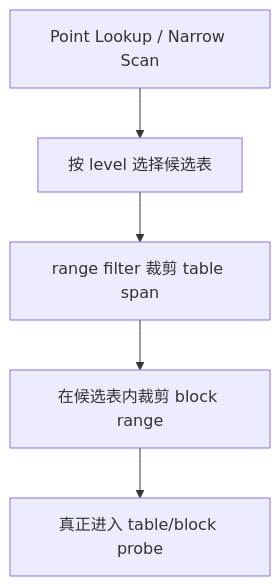
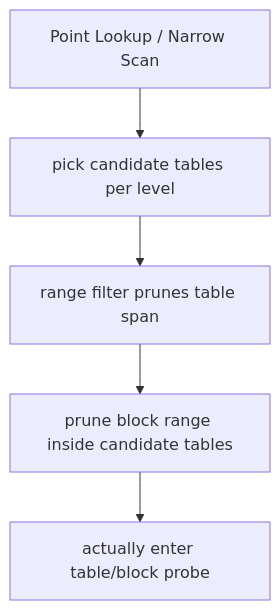
Before and after one commit to feichai0017/NoKV: the second of 3 diagrams in docs/notes/2026-04-05-range-filter-from-grf.md, drawn with Mermaid. The commit also changed other lines of this file and 23 other files, not shown here.

````diff
--- a/docs/notes/2026-04-05-range-filter-from-grf.md
+++ b/docs/notes/2026-04-05-range-filter-from-grf.md
@@ -133,7 +133,7 @@
 ```mermaid
 flowchart TD
-    Q["Point Lookup / Narrow Scan"] --> L["按 level 选择候选表"]
-    L --> T["range filter 裁剪 table span"]
-    T --> B["在候选表内裁剪 block range"]
-    B --> P["真正进入 table/block probe"]
+    Q["Point Lookup / Narrow Scan"] --> L["pick candidate tables per level"]
+    L --> T["range filter prunes table span"]
+    T --> B["prune block range inside candidate tables"]
+    B --> P["actually enter table/block probe"]
 ```
````
